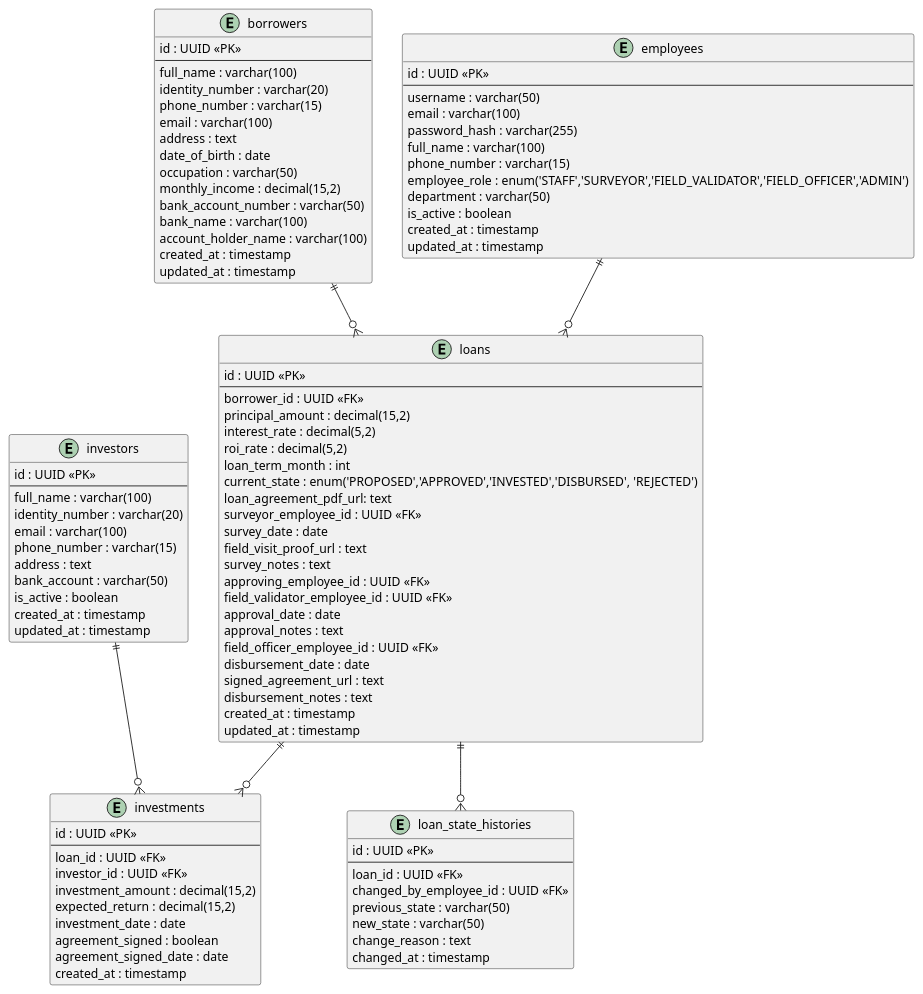
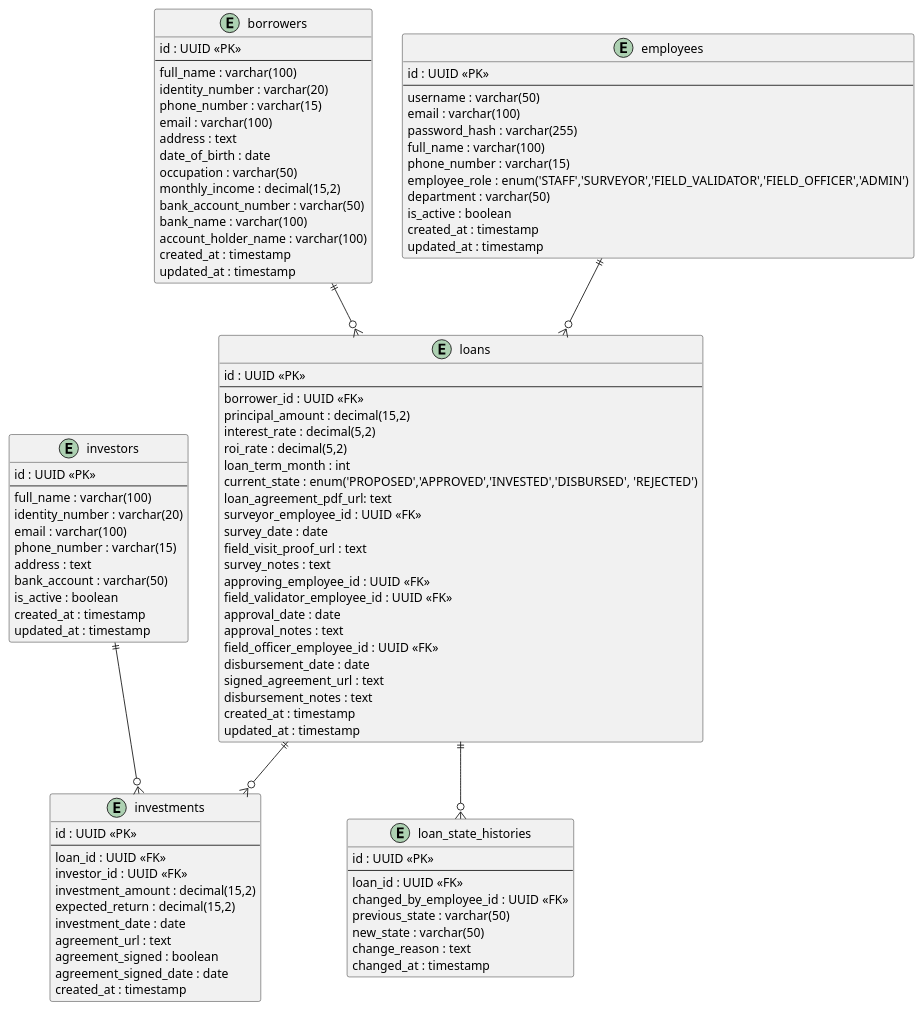
Before and after one commit to fajarAnd/loan-engine: the diagram in doc/erd.plantuml, drawn with PlantUML.

Commit message:
add field in investment table

```diff
--- a/doc/erd.plantuml
+++ b/doc/erd.plantuml
@@ -1,106 +1,107 @@
 @startuml loan_engine_simplified_erd
 
 entity "borrowers" as borrower {
   id : UUID <<PK>>
   --
   full_name : varchar(100)
   identity_number : varchar(20)
   phone_number : varchar(15)
   email : varchar(100)
   address : text
   date_of_birth : date
   occupation : varchar(50)
   monthly_income : decimal(15,2)
   bank_account_number : varchar(50)
   bank_name : varchar(100)
   account_holder_name : varchar(100)
   created_at : timestamp
   updated_at : timestamp
 }
 
 entity "loans" as loan {
   id : UUID <<PK>>
   --
   borrower_id : UUID <<FK>>
   principal_amount : decimal(15,2)
   interest_rate : decimal(5,2)
   roi_rate : decimal(5,2)
   loan_term_month : int
   current_state : enum('PROPOSED','APPROVED','INVESTED','DISBURSED', 'REJECTED')
   loan_agreement_pdf_url: text
   surveyor_employee_id : UUID <<FK>>
   survey_date : date
   field_visit_proof_url : text
   survey_notes : text
   approving_employee_id : UUID <<FK>>
   field_validator_employee_id : UUID <<FK>>
   approval_date : date
   approval_notes : text
   field_officer_employee_id : UUID <<FK>>
   disbursement_date : date
   signed_agreement_url : text
   disbursement_notes : text
   created_at : timestamp
   updated_at : timestamp
 }
 
 entity "investments" as investment {
   id : UUID <<PK>>
   --
   loan_id : UUID <<FK>>
   investor_id : UUID <<FK>>
   investment_amount : decimal(15,2)
   expected_return : decimal(15,2)
   investment_date : date
+  agreement_url : text
   agreement_signed : boolean
   agreement_signed_date : date
   created_at : timestamp
 }
 
 entity "employees" as employee {
   id : UUID <<PK>>
   --
   username : varchar(50)
   email : varchar(100)
   password_hash : varchar(255)
   full_name : varchar(100)
   phone_number : varchar(15)
   employee_role : enum('STAFF','SURVEYOR','FIELD_VALIDATOR','FIELD_OFFICER','ADMIN')
   department : varchar(50)
   is_active : boolean
   created_at : timestamp
   updated_at : timestamp
 }
 
 entity "investors" as investor {
   id : UUID <<PK>>
   --
   full_name : varchar(100)
   identity_number : varchar(20)
   email : varchar(100)
   phone_number : varchar(15)
   address : text
   bank_account : varchar(50)
   is_active : boolean
   created_at : timestamp
   updated_at : timestamp
 }
 
 entity "loan_state_histories" as state_history {
   id : UUID <<PK>>
   --
   loan_id : UUID <<FK>>
   changed_by_employee_id : UUID <<FK>>
   previous_state : varchar(50)
   new_state : varchar(50)
   change_reason : text
   changed_at : timestamp
 }
 
 borrower ||--o{ loan
 loan ||--o{ investment
 loan ||--o{ state_history
 employee ||--o{ loan
 investor ||--o{ investment
 
 @enduml
```
